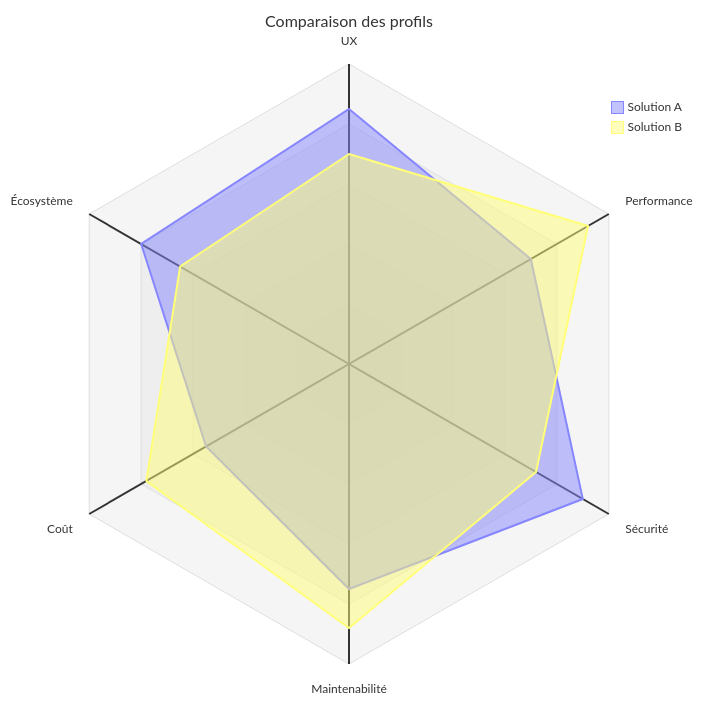
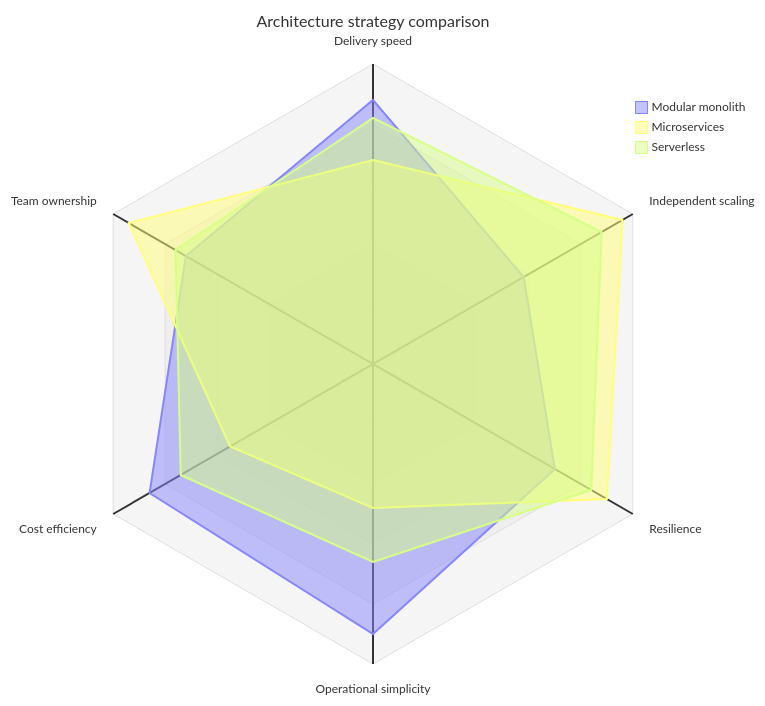
Before and after one commit to Brainfkt/mermaid-preview-offline: the diagram in examples/27-radar.mmd, drawn with Mermaid. The commit also changed 74 other files, not shown here.

```diff
--- a/examples/27-radar.mmd
+++ b/examples/27-radar.mmd
@@ -1,13 +1,14 @@
 ---
-title: Comparaison des profils
+title: Architecture strategy comparison
 ---
 radar-beta
-  axis ux["UX"], perf["Performance"], sec["Sécurité"]
-  axis maint["Maintenabilité"], cost["Coût"], eco["Écosystème"]
-  curve a["Solution A"]{85, 70, 90, 75, 55, 80}
-  curve b["Solution B"]{70, 92, 72, 88, 78, 65}
+  axis delivery["Delivery speed"], scale["Independent scaling"], resilience["Resilience"]
+  axis simplicity["Operational simplicity"], efficiency["Cost efficiency"], ownership["Team ownership"]
+  curve monolith["Modular monolith"]{88, 58, 70, 90, 86, 72}
+  curve services["Microservices"]{68, 96, 90, 48, 55, 94}
+  curve serverless["Serverless"]{82, 88, 84, 66, 74, 76}
   showLegend true
   max 100
   min 0
   graticule polygon
   ticks 5
```
